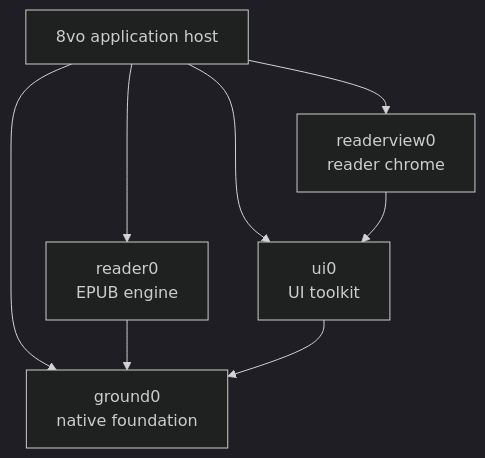
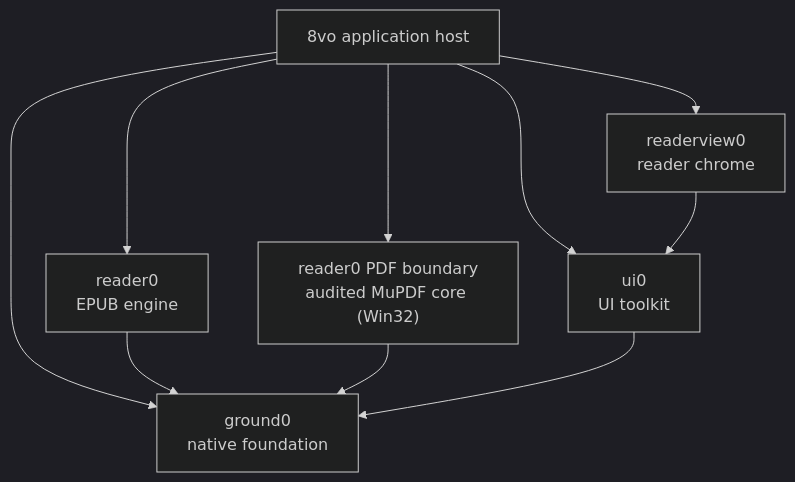
One commit to devze-ro/8vo changed the diagram in docs/architecture.md. Above: the diagram before and after it, drawn with Mermaid (dark theme). The commit also changed other lines of this file and 28 other files, not shown here.

Commit message:
pdf: add bounded MuPDF stage 1 reader

````diff
--- a/docs/architecture.md
+++ b/docs/architecture.md
@@ -30,16 +32,19 @@
 ```mermaid
 flowchart TD
     app["8vo application host"]
-    reader["reader0<br/>EPUB engine"]
+    epub["reader0<br/>EPUB engine"]
+    pdf["reader0 PDF boundary<br/>audited MuPDF core (Win32)"]
     view["readerview0<br/>reader chrome"]
     ui["ui0<br/>UI toolkit"]
     foundation["ground0<br/>native foundation"]
 
-    app --> reader
+    app --> epub
+    app --> pdf
     app --> view
     app --> ui
     app --> foundation
     view --> ui
-    reader --> foundation
+    epub --> foundation
+    pdf --> foundation
     ui --> foundation
 ```
````
